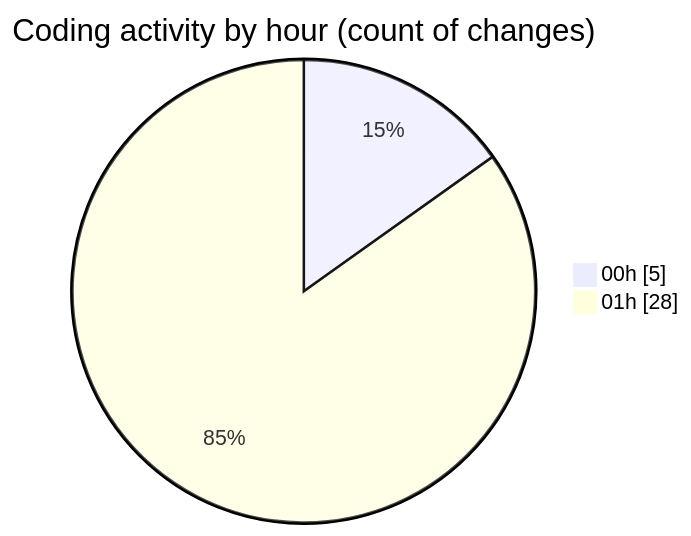
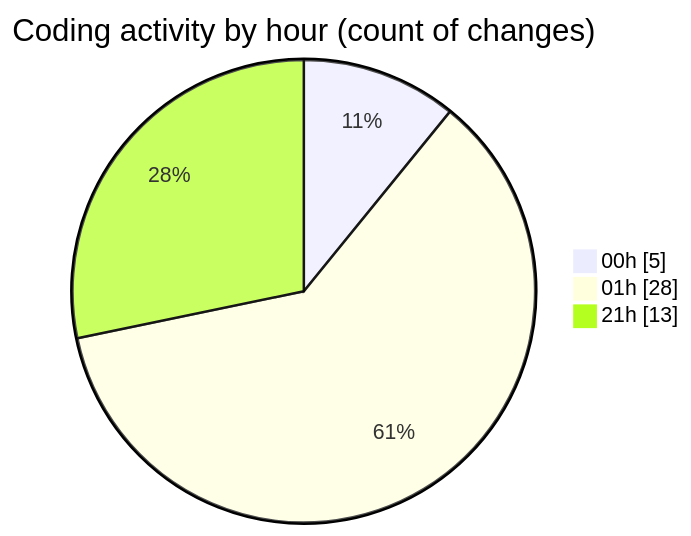
The second of 2 diagrams in 2025-03-30/echo/README.md (Netris89/code-tracking), drawn with Mermaid before and after one commit. The commit also changed other lines of this file and 1 other file, not shown here.

````diff
--- a/2025-03-30/echo/README.md
+++ b/2025-03-30/echo/README.md
@@ -34,6 +34,7 @@
 ```mermaid
 pie showData
 title Coding activity by hour (count of changes)
 "00h" : 5
 "01h" : 28
+"21h" : 13
 ```
````
